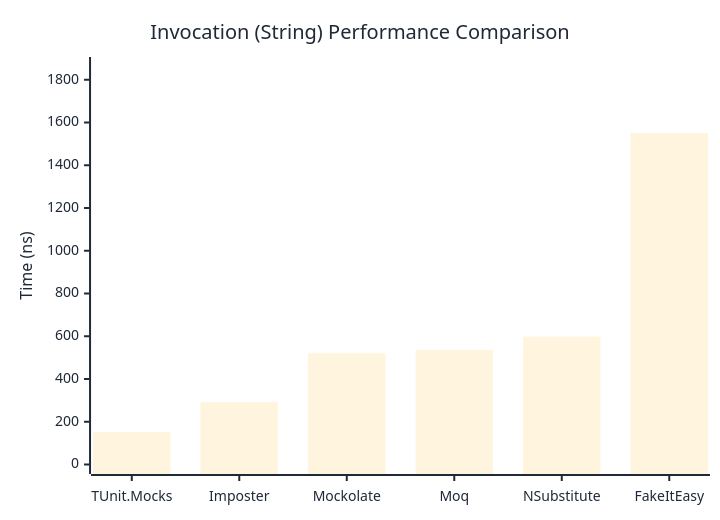
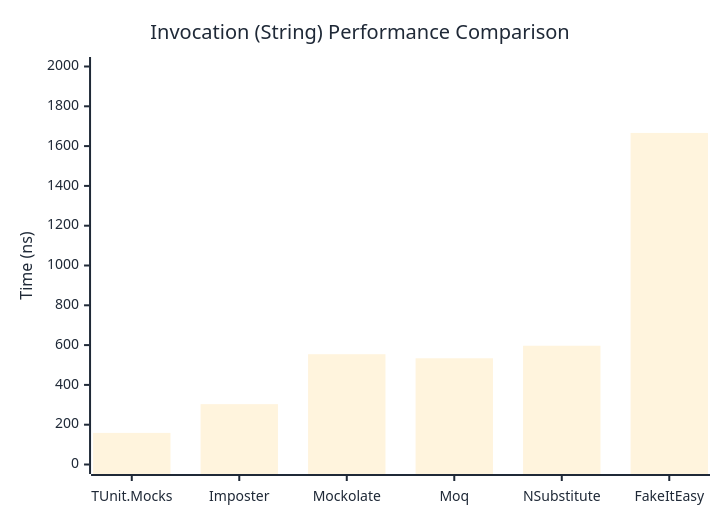
Before and after one commit to thomhurst/TUnit: the second of 3 diagrams in docs/docs/benchmarks/mocks/Invocation.md, drawn with Mermaid. The commit also changed other lines of this file and 14 other files, not shown here.

````diff
--- a/docs/docs/benchmarks/mocks/Invocation.md
+++ b/docs/docs/benchmarks/mocks/Invocation.md
@@ -69,27 +69,27 @@
 ```mermaid
 %%{init: {
   'theme':'base',
   'themeVariables': {
     'primaryColor': '#2563eb',
     'primaryTextColor': '#1f2937',
     'primaryBorderColor': '#1e40af',
     'lineColor': '#6b7280',
     'secondaryColor': '#7c3aed',
     'tertiaryColor': '#dc2626',
     'background': '#ffffff',
     'pie1': '#2563eb',
     'pie2': '#7c3aed',
     'pie3': '#dc2626',
     'pie4': '#f59e0b',
     'pie5': '#10b981',
     'pie6': '#06b6d4',
     'pie7': '#ec4899',
     'pie8': '#6366f1'
   }
 }}%%
 xychart-beta
   title "Invocation (String) Performance Comparison"
   x-axis ["TUnit.Mocks", "Imposter", "Mockolate", "Moq", "NSubstitute", "FakeItEasy"]
-  y-axis "Time (ns)" 0 --> 1862
-  bar [151.6, 291.4, 520.5, 536.5, 598.3, 1551.6]
+  y-axis "Time (ns)" 0 --> 2000
+  bar [158.7, 303.2, 554.2, 533.8, 596.8, 1666.1]
 ```
````
